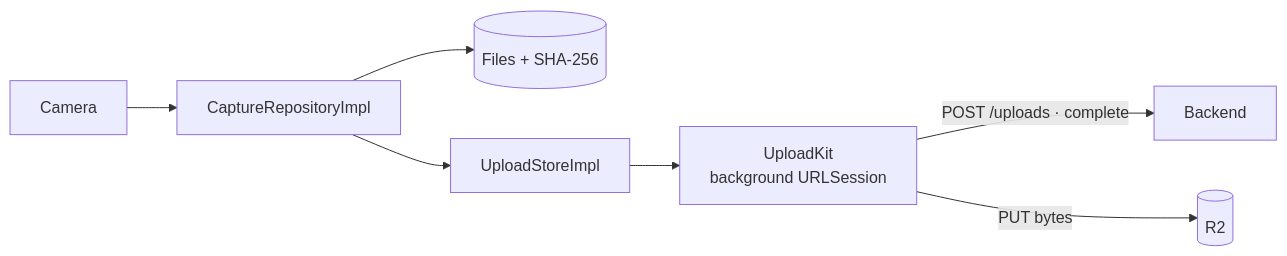
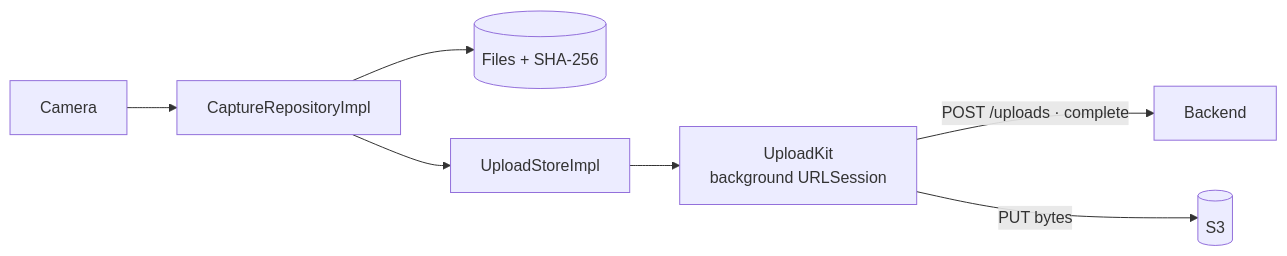
One commit to DAMHONGDUC/site-log-ios changed the diagram in docs/feature-guide/S3-capture-upload/README.md. Above: the diagram before and after it, drawn with Mermaid. The commit also changed other lines of this file and 33 other files, not shown here.

````diff
--- a/docs/feature-guide/S3-capture-upload/README.md
+++ b/docs/feature-guide/S3-capture-upload/README.md
@@ -33,9 +33,9 @@
 ```mermaid
 flowchart LR
     Camera["Camera"] --> Capture["CaptureRepositoryImpl"]
     Capture --> Disk[("Files + SHA-256")]
     Capture --> Queue["UploadStoreImpl"]
     Queue --> Kit["UploadKit<br/>background URLSession"]
     Kit -->|"POST /uploads · complete"| BE["Backend"]
-    Kit -->|"PUT bytes"| R2[("R2")]
+    Kit -->|"PUT bytes"| S3[("S3")]
 ```
````
